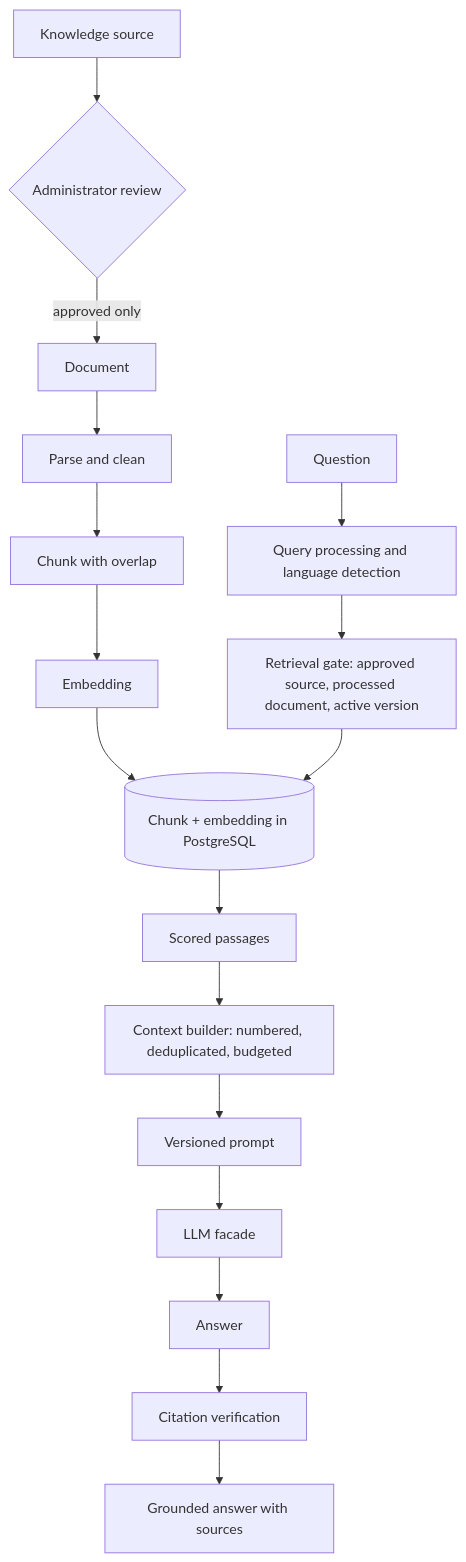
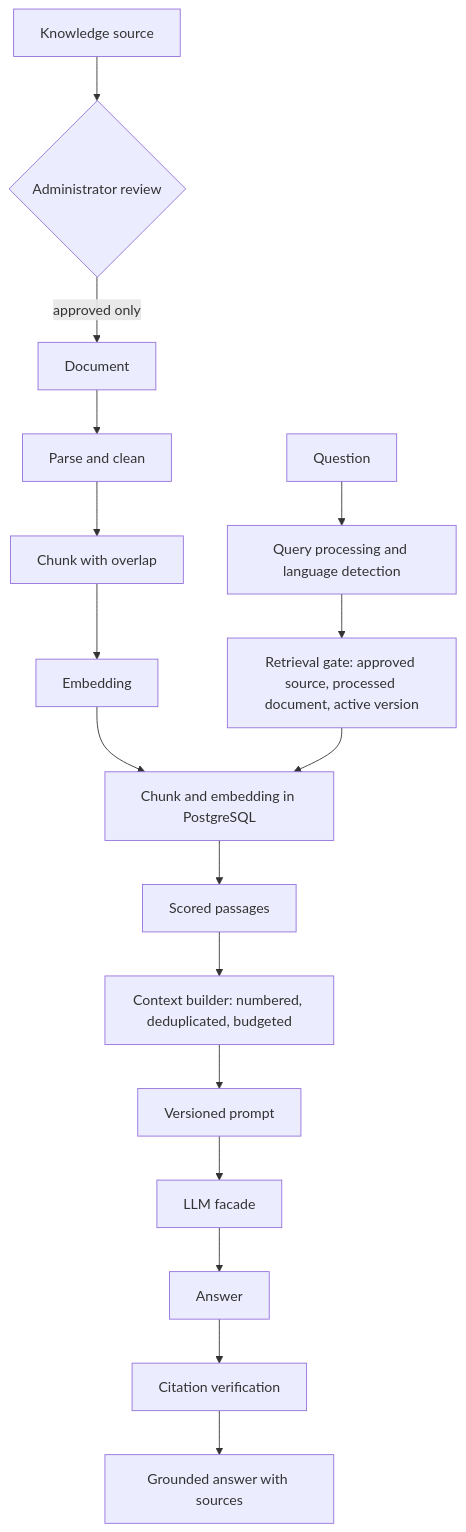
Before and after one commit to Yousef-7ossam/Roshada: diagram 15 of 21 in README.md, drawn with Mermaid. The commit also changed other lines of this file and 1 other file, not shown here.

````diff
--- a/README.md
+++ b/README.md
@@ -550,20 +561,20 @@
 ```mermaid
 graph TD
     SRC[Knowledge source] --> REVIEW{Administrator review}
     REVIEW -->|approved only| DOC[Document]
     DOC --> PARSE[Parse and clean]
     PARSE --> CHUNK[Chunk with overlap]
     CHUNK --> EMB[Embedding]
-    EMB --> STORE[(Chunk + embedding in PostgreSQL)]
+    EMB --> STORE[Chunk and embedding in PostgreSQL]
 
     Q[Question] --> PROC[Query processing and language detection]
     PROC --> GATE["Retrieval gate: approved source, processed document, active version"]
     GATE --> STORE
     STORE --> HITS[Scored passages]
     HITS --> CTX["Context builder: numbered, deduplicated, budgeted"]
     CTX --> PROMPT[Versioned prompt]
     PROMPT --> LLM[LLM facade]
     LLM --> ANS[Answer]
     ANS --> CITE[Citation verification]
     CITE --> OUT[Grounded answer with sources]
 ```
````
